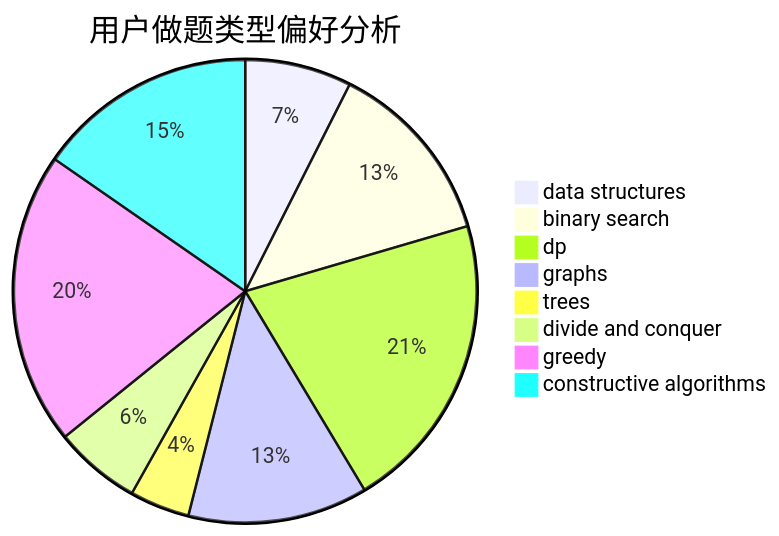
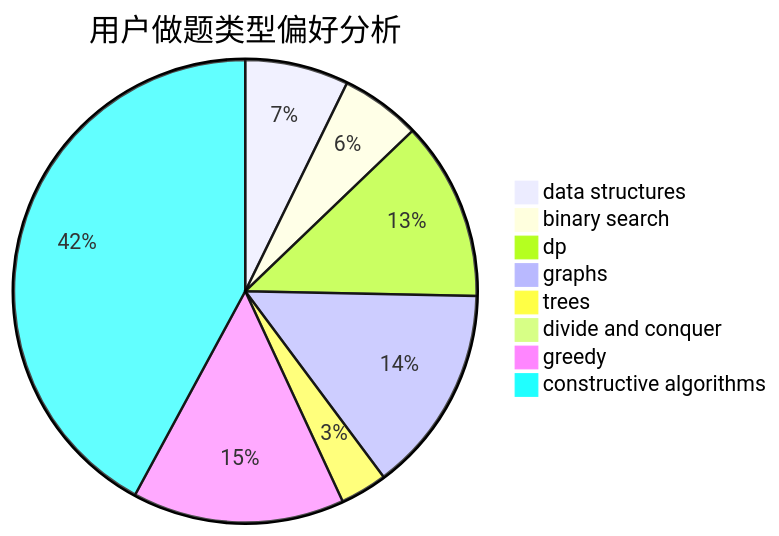
One commit to sherpahu/cfrs.github.io changed the second of 3 diagrams in docs/user/u997.md. Above: the diagram before and after it, drawn with Mermaid. The commit also changed other lines of this file and 2770 other files, not shown here.

````diff
--- a/docs/user/u997.md
+++ b/docs/user/u997.md
@@ -23,11 +23,11 @@
 ```mermaid
 pie title 用户做题类型偏好分析
-    "data structures" :  16
-    "binary search" :  28
-    "dp" :  45
-    "graphs" :  27
-    "trees" :  9
-    "divide and conquer" :  13
-    "greedy" :  44
-    "constructive algorithms" :  33
+    "data structures" :  22
+    "binary search" :  17
+    "dp" :  38
+    "graphs" :  44
+    "trees" :  10
+    "divide and conquer" :  0
+    "greedy" :  45
+    "constructive algorithms" :  128
 ```
````
